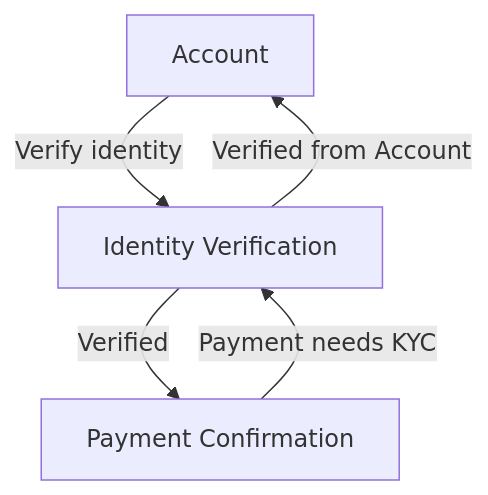
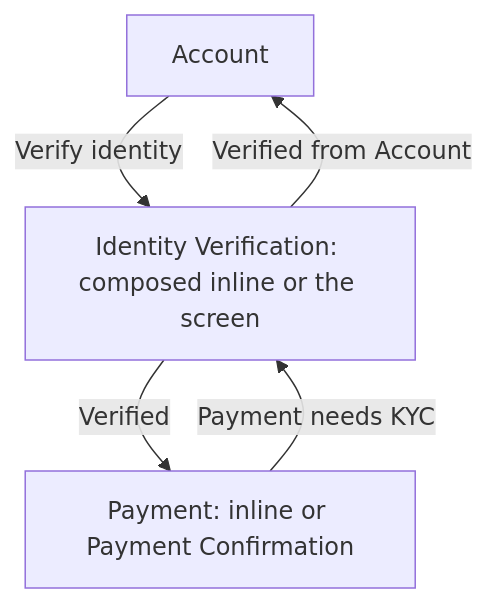
One commit to vanguard-op/sabi-docs changed the fifth of 9 diagrams in Sabi/user-flow.md. Above: the diagram before and after it, drawn with Mermaid. The commit also changed other lines of this file and 10 other files, not shown here.

````diff
--- a/Sabi/user-flow.md
+++ b/Sabi/user-flow.md
@@ -281,7 +282,7 @@
 ```mermaid
 graph TD
-    A[Account] -->|Verify identity| V[Identity Verification]
-    C[Payment Confirmation] -->|Payment needs KYC| V
+    A[Account] -->|Verify identity| V[Identity Verification: composed inline or the screen]
+    C[Payment: inline or Payment Confirmation] -->|Payment needs KYC| V
     V -->|Verified| C
     V -->|Verified from Account| A
 ```
````
